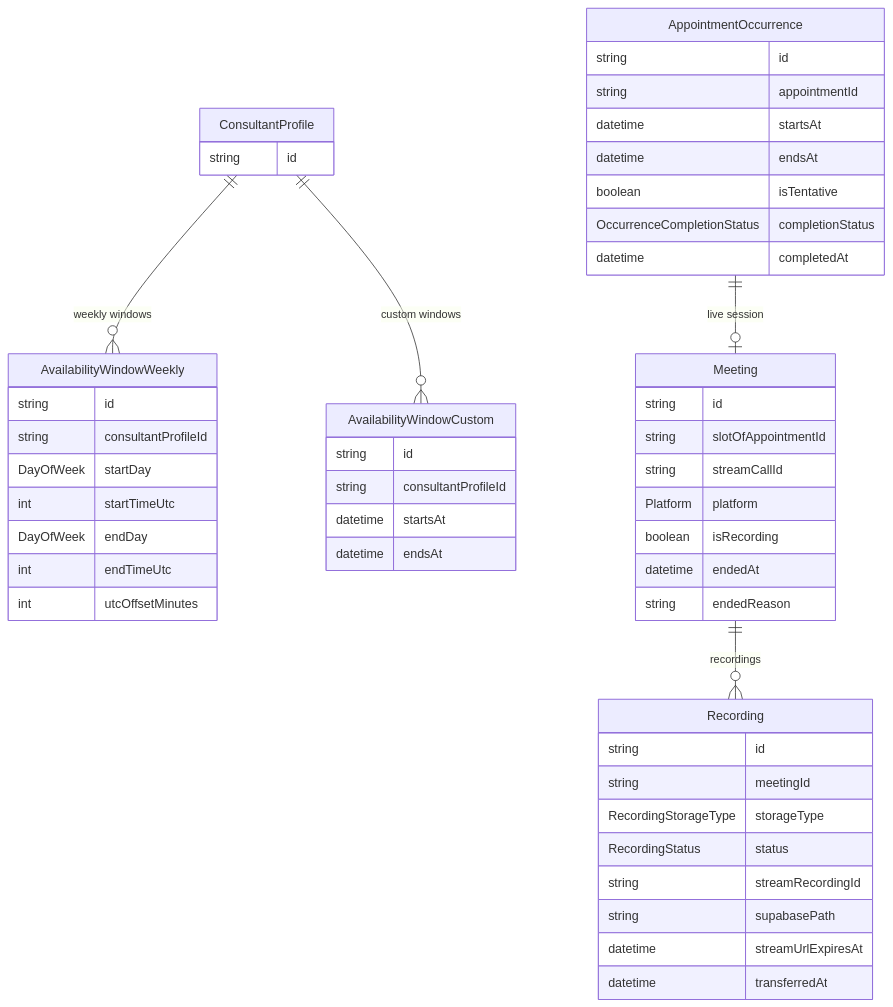
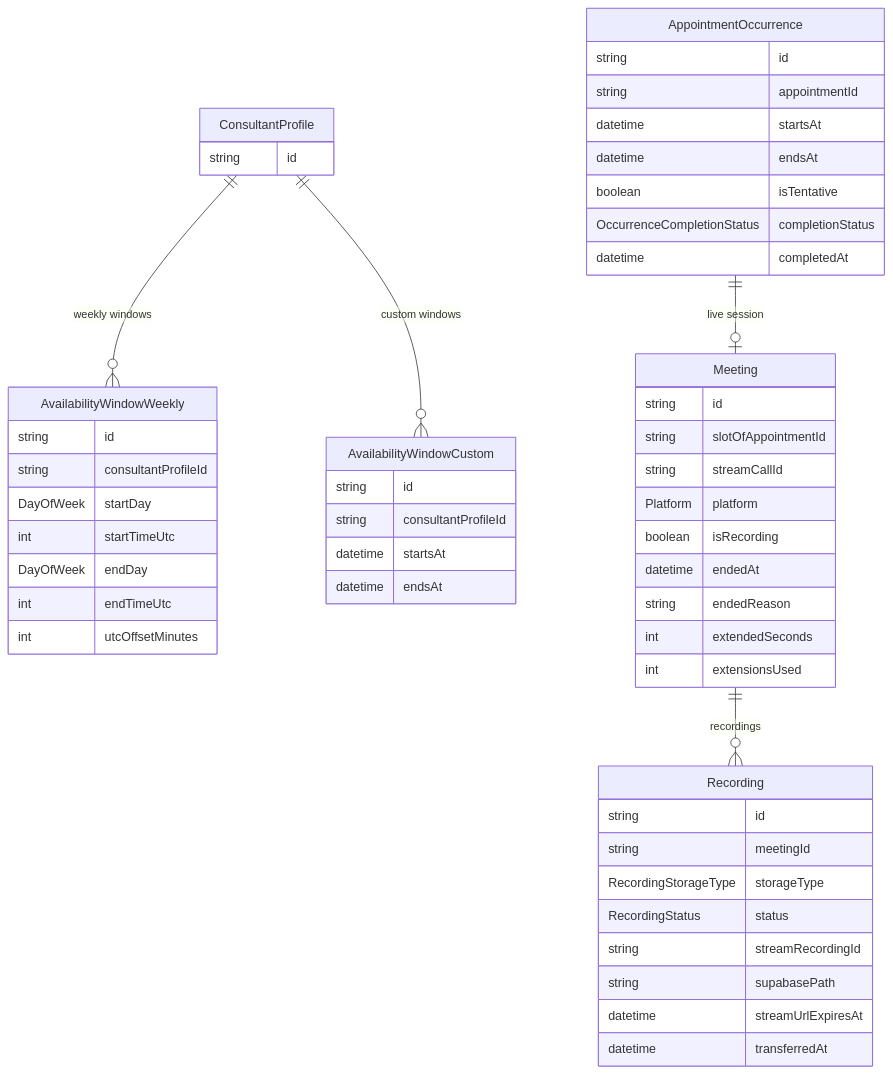
The eighth of 24 diagrams in docs/prisma/00-schema-map.md (Practitionist/familiarise_web), drawn with Mermaid before and after one commit. The commit also changed other lines of this file and 9 other files, not shown here.

````diff
--- a/docs/prisma/00-schema-map.md
+++ b/docs/prisma/00-schema-map.md
@@ -583,54 +583,56 @@
 ```mermaid
 erDiagram
     ConsultantProfile {
         string id
     }
     AvailabilityWindowWeekly {
         string id
         string consultantProfileId
         DayOfWeek startDay
         int startTimeUtc
         DayOfWeek endDay
         int endTimeUtc
         int utcOffsetMinutes
     }
     AvailabilityWindowCustom {
         string id
         string consultantProfileId
         datetime startsAt
         datetime endsAt
     }
     AppointmentOccurrence {
         string id
         string appointmentId
         datetime startsAt
         datetime endsAt
         boolean isTentative
         OccurrenceCompletionStatus completionStatus
         datetime completedAt
     }
     Meeting {
         string id
         string slotOfAppointmentId
         string streamCallId
         Platform platform
         boolean isRecording
         datetime endedAt
         string endedReason
+        int extendedSeconds
+        int extensionsUsed
     }
     Recording {
         string id
         string meetingId
         RecordingStorageType storageType
         RecordingStatus status
         string streamRecordingId
         string supabasePath
         datetime streamUrlExpiresAt
         datetime transferredAt
     }
 
     ConsultantProfile ||--o{ AvailabilityWindowWeekly : "weekly windows"
     ConsultantProfile ||--o{ AvailabilityWindowCustom : "custom windows"
     AppointmentOccurrence ||--o| Meeting : "live session"
     Meeting ||--o{ Recording : "recordings"
 ```
````
